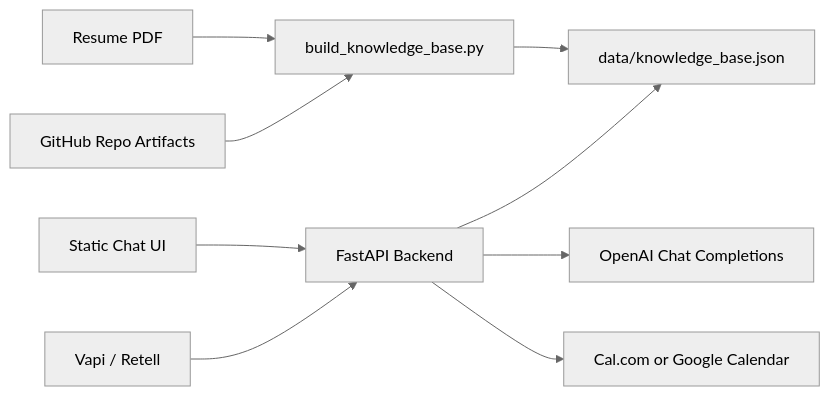
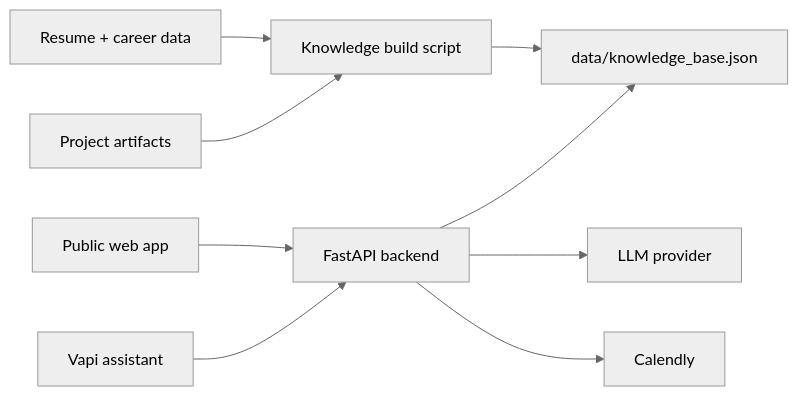
One commit to AdarshSinghTomar768/Scaler-Persona changed the diagram in README.md. Above: the diagram before and after it, drawn with Mermaid (neutral theme). The commit also changed other lines of this file and 2 other files, not shown here.

Commit message:
polish chat panel and rewrite README

````diff
--- a/README.md
+++ b/README.md
@@ -15,21 +31,21 @@
 ```mermaid
 flowchart LR
-    Resume[Resume PDF]
-    Repos[GitHub Repo Artifacts]
-    Build[build_knowledge_base.py]
+    Resume[Resume + career data]
+    Repos[Project artifacts]
+    Build[Knowledge build script]
     KB[data/knowledge_base.json]
-    UI[Static Chat UI]
-    API[FastAPI Backend]
-    LLM[OpenAI Chat Completions]
-    Voice[Vapi / Retell]
-    Cal[Cal.com or Google Calendar]
+    UI[Public web app]
+    API[FastAPI backend]
+    LLM[LLM provider]
+    Voice[Vapi assistant]
+    Booking[Calendly]
 
     Resume --> Build
     Repos --> Build
     Build --> KB
     UI --> API
-    Voice --> API
     API --> KB
     API --> LLM
-    API --> Cal
+    API --> Booking
+    Voice --> API
 ```
````
